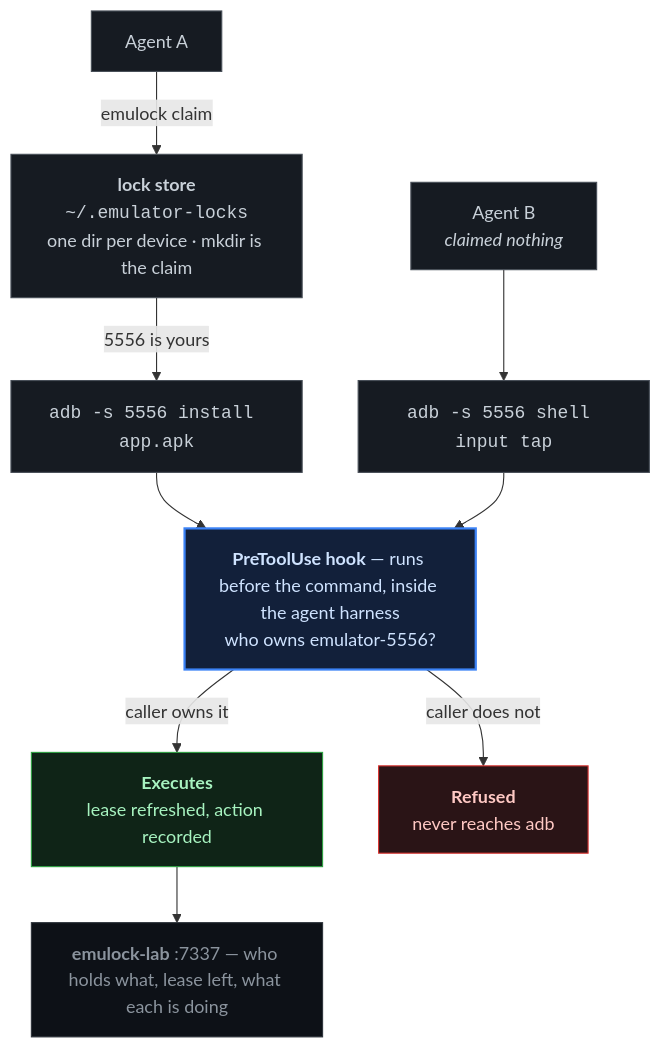
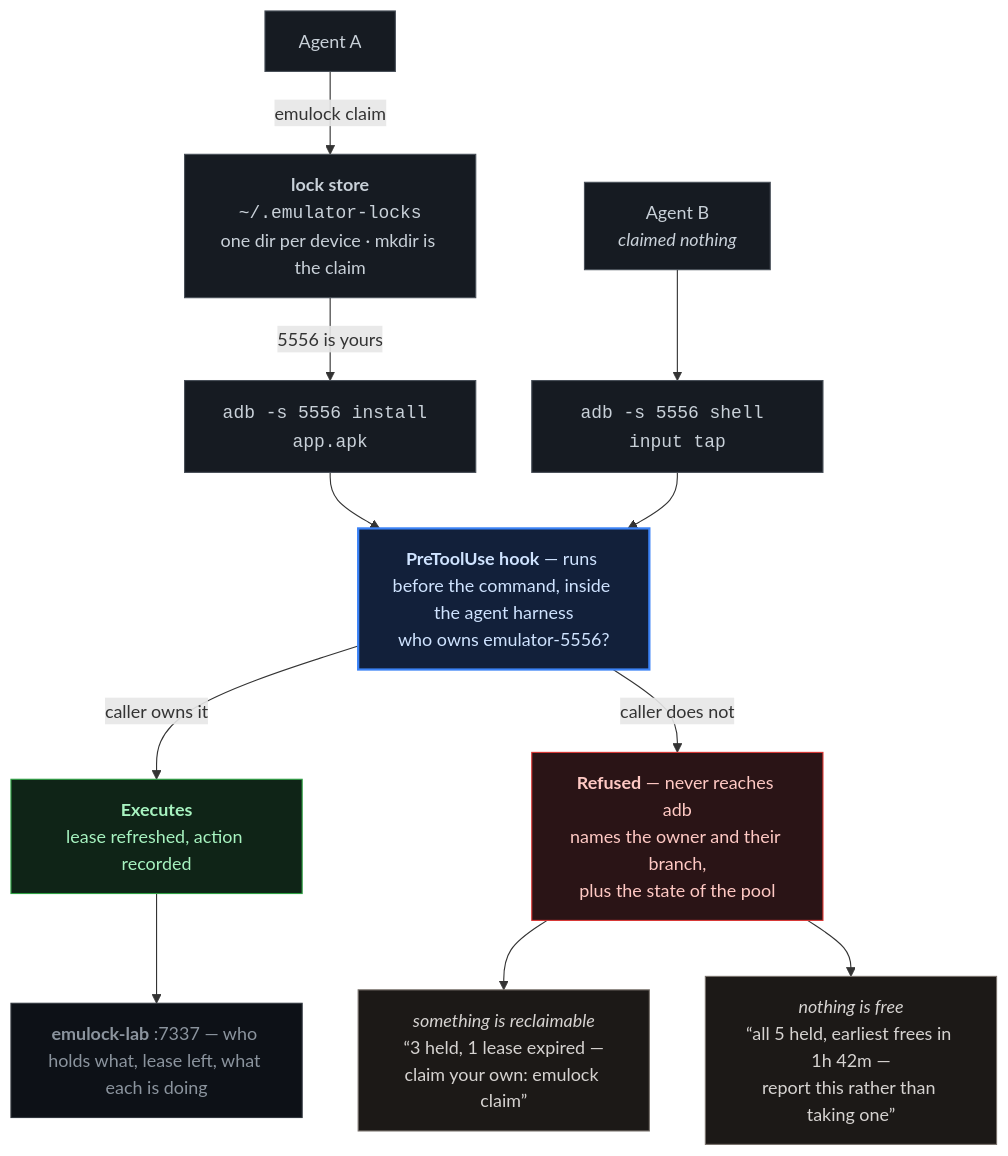
One commit to BoukhariAyoub/emulock changed the diagram in README.md. Above: the diagram before and after it, drawn with Mermaid. The commit also changed other lines of this file and 3 other files, not shown here.

````diff
--- a/README.md
+++ b/README.md
@@ -50,27 +50,33 @@
 ```mermaid
 flowchart TB
     A["Agent A"] -->|"emulock claim"| LS["<b>lock store</b><br/><code>~/.emulator-locks</code><br/>one dir per device · mkdir is the claim"]
     B["Agent B<br/><i>claimed nothing</i>"] --> CB
 
     LS -->|"5556 is yours"| CA["<code>adb -s 5556 install app.apk</code>"]
     CB["<code>adb -s 5556 shell input tap</code>"]
 
     CA --> HOOK
     CB --> HOOK
     HOOK["<b>PreToolUse hook</b> — runs before the command, inside the agent harness<br/>who owns emulator-5556?"]
 
     HOOK -->|"caller owns it"| OK["<b>Executes</b><br/>lease refreshed, action recorded"]
-    HOOK -->|"caller does not"| NO["<b>Refused</b><br/>never reaches adb"]
+    HOOK -->|"caller does not"| NO["<b>Refused</b> — never reaches adb<br/>names the owner and their branch,<br/>plus the state of the pool"]
+
+    NO --> FREE["<i>something is reclaimable</i><br/>“3 held, 1 lease expired —<br/>claim your own: emulock claim”"]
+    NO --> BUSY["<i>nothing is free</i><br/>“all 5 held, earliest frees in 1h 42m —<br/>report this rather than taking one”"]
+
     OK --> LAB["<b>emulock-lab</b> :7337 — who holds what, lease left, what each is doing"]
 
     classDef n fill:#161b22,stroke:#484f58,color:#c9d1d9
     classDef h fill:#12203a,stroke:#3b82f6,color:#cfe3ff,stroke-width:2px
     classDef p fill:#0f2417,stroke:#2ea043,color:#a7f3c0
     classDef d fill:#2a1416,stroke:#da3633,color:#ffc9c4
+    classDef o fill:#1c1917,stroke:#78716c,color:#d6d3d1
     classDef q fill:#0d1117,stroke:#30363d,color:#8b949e
     class A,B,LS,CA,CB n
     class HOOK h
     class OK p
     class NO d
+    class FREE,BUSY o
     class LAB q
 ```
````
